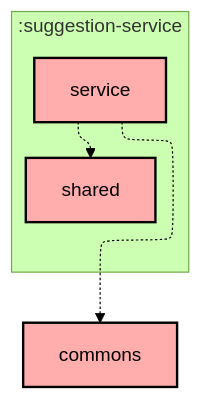
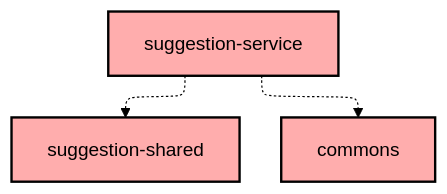
One commit to Norby99/munchies changed the diagram in suggestion-service/README.md. Above: the diagram before and after it, drawn with Mermaid (forest theme). The commit also changed 1 other file, not shown here.

Commit message:
docs: update dependencies

````diff
--- a/suggestion-service/README.md
+++ b/suggestion-service/README.md
@@ -6,20 +6,17 @@
 ```mermaid
 ---
 config:
   layout: elk
   elk:
     nodePlacementStrategy: SIMPLE
 ---
 graph TB
-  subgraph :suggestion-service
-    direction TB
-    :suggestion-service:service[service]:::unknown
-    :suggestion-service:shared[shared]:::unknown
-  end
+  :suggestion-shared[suggestion-shared]:::unknown
+  :suggestion-service[suggestion-service]:::unknown
   :commons[commons]:::unknown
 
-  :suggestion-service:service -.-> :commons
-  :suggestion-service:service -.-> :suggestion-service:shared
+  :suggestion-service -.-> :commons
+  :suggestion-service -.-> :suggestion-shared
 
 classDef unknown fill:#FFADAD,stroke:#000,stroke-width:2px,color:#000;
 ```
````
